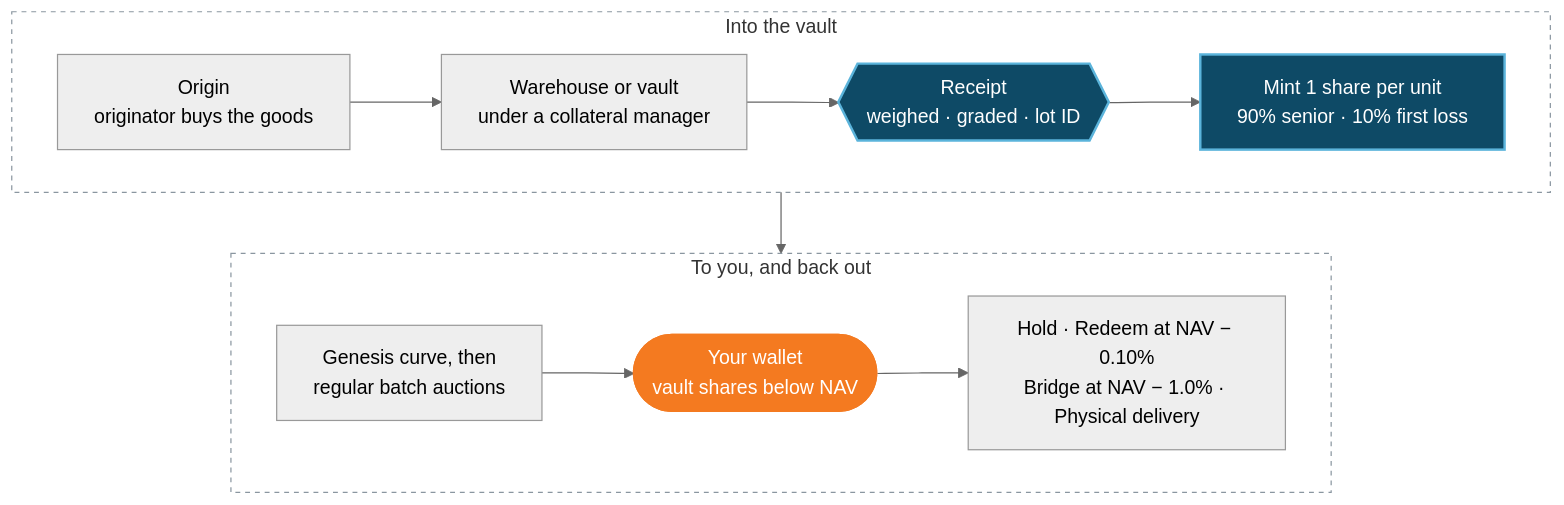
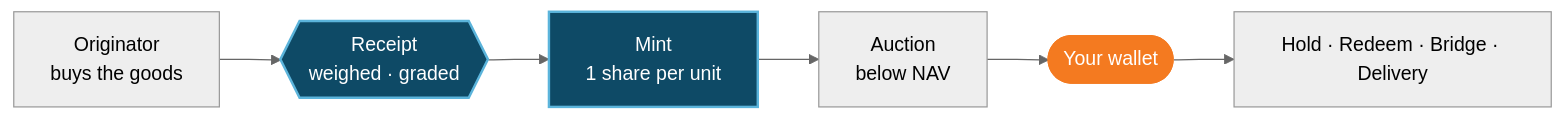
One commit to cargofinance/documentation changed the diagram in index.mdx. Above: the diagram before and after it, drawn with Mermaid (neutral theme). The commit also changed other lines of this file and 37 other files, not shown here.

First line of the commit message:
Genesis Vault: West African Grade 1 cocoa on ICE London Cocoa; drop location details

````diff
--- a/index.mdx
+++ b/index.mdx
@@ -54,18 +68,8 @@
 ```mermaid
-flowchart TB
-    subgraph IN["Into the vault"]
-        direction LR
-        A["Origin<br/>originator buys the goods"] --> B["Warehouse or vault<br/>under a collateral manager"] --> C{{"Receipt<br/>weighed · graded · lot ID"}} --> D["Mint 1 share per unit<br/>90% senior · 10% first loss"]
-    end
-    subgraph OUT["To you, and back out"]
-        direction LR
-        E["Genesis curve, then<br/>regular batch auctions"] --> F(["Your wallet<br/>vault shares below NAV"]) --> X["Hold · Redeem at NAV − 0.10%<br/>Bridge at NAV − 1.0% · Physical delivery"]
-    end
-    IN --> OUT
+flowchart LR
+    A["Originator<br/>buys the goods"] --> B{{"Receipt<br/>weighed · graded"}} --> C["Mint<br/>1 share per unit"] --> D["Auction<br/>below NAV"] --> F(["Your wallet"]) --> X["Hold · Redeem · Bridge · Delivery"]
     classDef key fill:#0E4A66,stroke:#5BB4DB,stroke-width:2px,color:#ffffff
     classDef accent fill:#F47A20,stroke:#F47A20,color:#ffffff
-    class C,D key
+    class B,C key
     class F accent
-    style IN fill:transparent,stroke:#8A96A0,stroke-dasharray:4 4
-    style OUT fill:transparent,stroke:#8A96A0,stroke-dasharray:4 4
 ```
````
